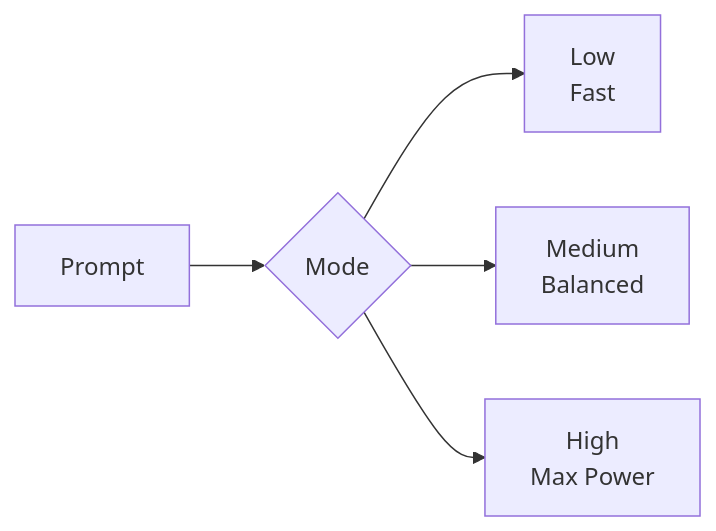
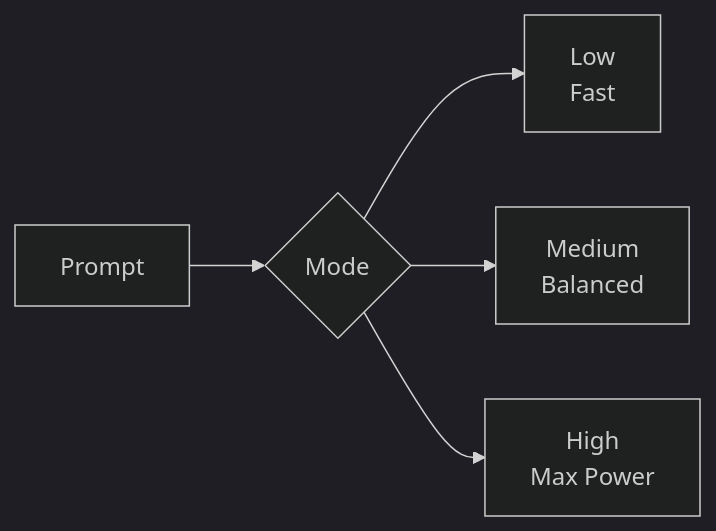
One commit to kousen/cosmic-catalog changed the sixth of 7 diagrams in ai_agent_comparison.md. Above: the diagram before and after it, drawn with Mermaid. The commit also changed other lines of this file, not shown here.

````diff
--- a/ai_agent_comparison.md
+++ b/ai_agent_comparison.md
@@ -421,7 +424,8 @@
 ```mermaid
+%%{init: {'theme':'dark'}}%%
 graph LR
     A[Prompt] --> B{Mode};
     B --> C[Low<br/>Fast];
     B --> D[Medium<br/>Balanced];
     B --> E[High<br/>Max Power];
 ```
````
